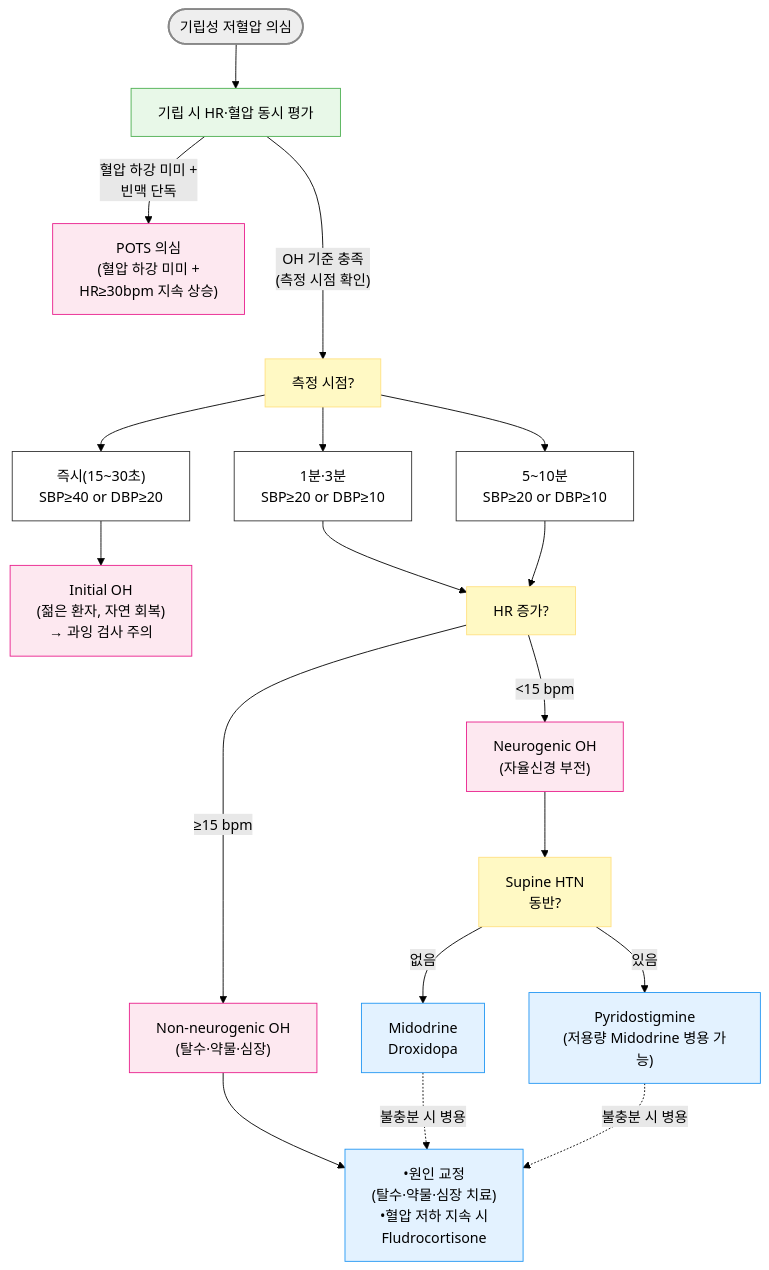
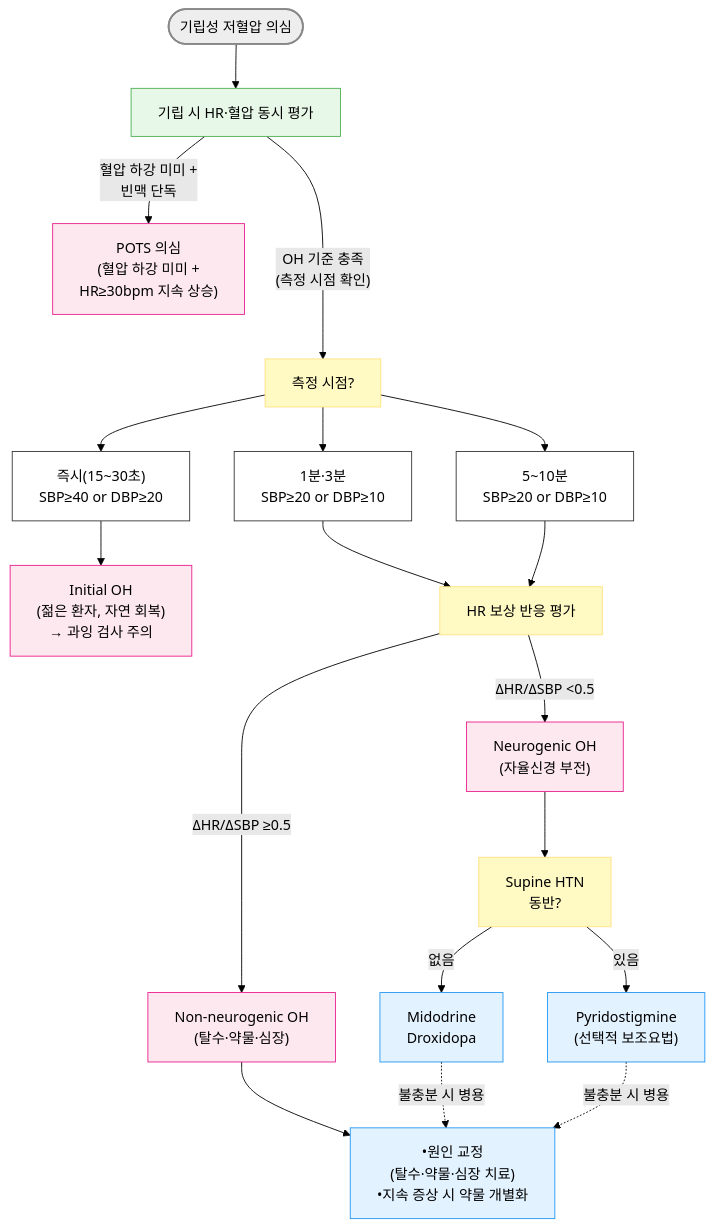
Before and after one commit to familyoh77/familyoh77: the diagram in 225_/096_-orthostatic-hypotension.md, drawn with Mermaid (forest theme). The commit also changed other lines of this file, not shown here.

````diff
--- a/225_/096_-orthostatic-hypotension.md
+++ b/225_/096_-orthostatic-hypotension.md
@@ -139,46 +140,46 @@
 ```mermaid
 graph TD
 
     Start([기립성 저혈압 의심])
 style Start fill:#eeeeee,stroke:#888888,stroke-width:2px
     HR0["기립 시 HR·혈압 동시 평가"]
 style HR0 fill:#e8f8e8,stroke:#4caf50
     POTS["POTS 의심<br/>(혈압 하강 미미 +<br/>HR≥30bpm 지속 상승)"]
     T0["측정 시점?"]
     T1["즉시(15~30초)<br/>SBP≥40 or DBP≥20"]
     T2["1분·3분<br/>SBP≥20 or DBP≥10"]
     T3["5~10분<br/>SBP≥20 or DBP≥10"]
     InitOH["Initial OH<br/>(젊은 환자, 자연 회복)<br/>→ 과잉 검사 주의"]
-    HR["HR 증가?"]
+    HR["HR 보상 반응 평가"]
     NonNeuro["Non-neurogenic OH<br/>(탈수·약물·심장)"]
     Neuro["Neurogenic OH<br/>(자율신경 부전)"]
 classDef pink fill:#fde8f0,stroke:#e91e8c
 class InitOH,Neuro,POTS,NonNeuro pink
-    NonTx["•원인 교정<br/>(탈수·약물·심장 치료)<br/>•혈압 저하 지속 시<br/>Fludrocortisone"]
+    NonTx["•원인 교정<br/>(탈수·약물·심장 치료)<br/>•지속 증상 시 약물 개별화"]
     SupineHTN["Supine HTN<br/>동반?"]
 classDef yellow fill:#fff9c4,stroke:#ffe082
 class T0,HR,SupineHTN yellow
 classDef white fill:#fff,stroke:#333
 class T1,T2,T3 white
     NTx1["Midodrine<br/>Droxidopa"]
-    NTx2["Pyridostigmine<br/>(저용량 Midodrine 병용 가능)"]
+    NTx2["Pyridostigmine<br/>(선택적 보조요법)"]
 classDef sky fill:#e3f2ff,stroke:#2196f3
 class NTx1,NTx2,NonTx sky
     Start --> HR0
     HR0 -- "혈압 하강 미미 +<br/>빈맥 단독" --> POTS
     HR0 -- "OH 기준 충족<br/>(측정 시점 확인)" ---> T0
     T0 --> T1
     T0 --> T2
     T0 --> T3
     T1 --> InitOH
     T2 --> HR
     T3 --> HR
-    HR -- "≥15 bpm" --> NonNeuro
-    HR -- "<15 bpm" --> Neuro
+    HR -- "ΔHR/ΔSBP ≥0.5" --> NonNeuro
+    HR -- "ΔHR/ΔSBP <0.5" --> Neuro
     NonNeuro --> NonTx
     Neuro --> SupineHTN
     SupineHTN -- "없음" --> NTx1
     SupineHTN -- "있음" --> NTx2
     NTx1 -. "불충분 시 병용" .-> NonTx
     NTx2 -. "불충분 시 병용" .-> NonTx
 ```
````
